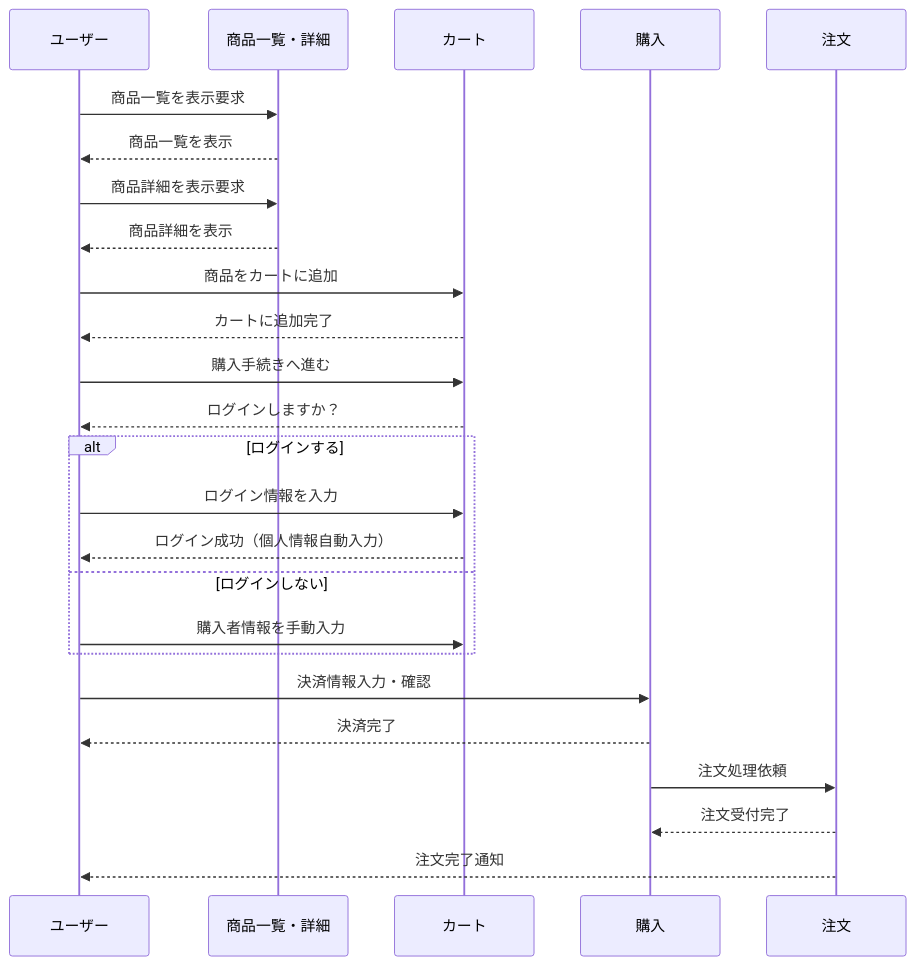
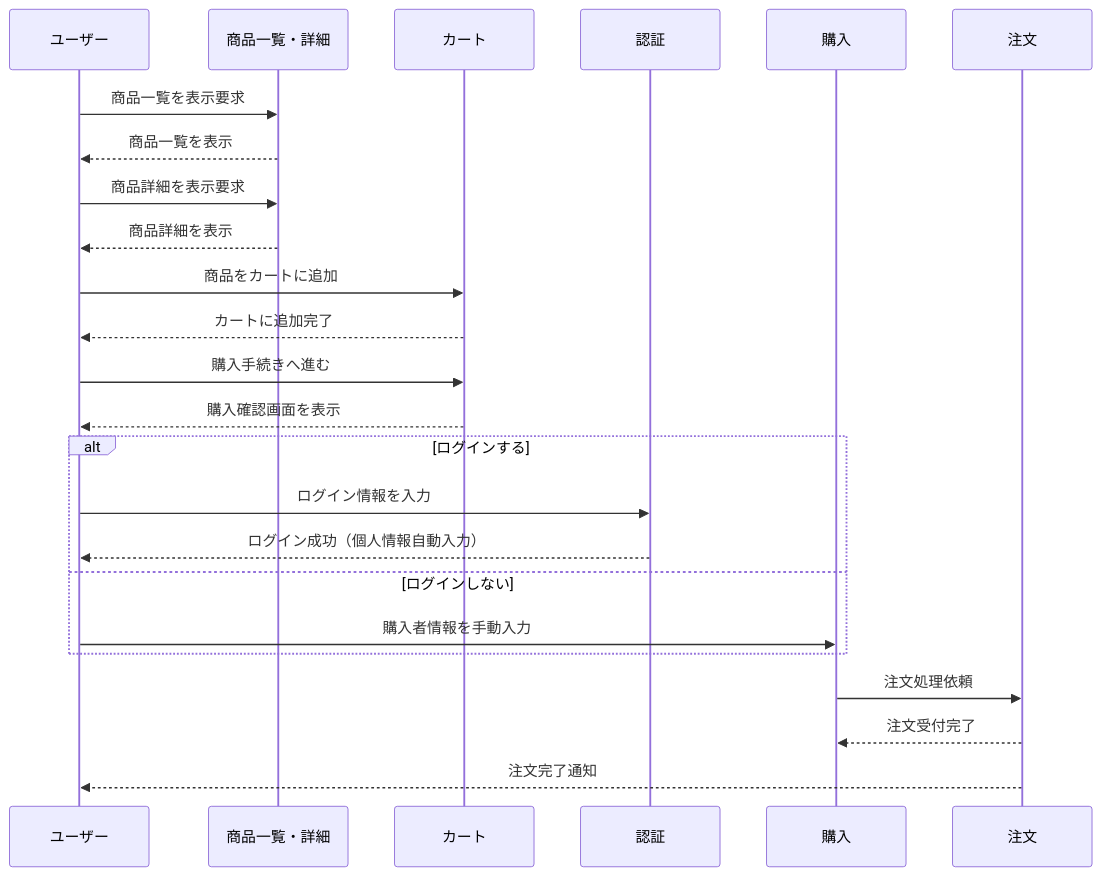
One commit to ainaga09/ACE changed the second of 3 diagrams in 基本設計/機能設計/機能設計.md. Above: the diagram before and after it, drawn with Mermaid. The commit also changed other lines of this file and 1 other file, not shown here.

Commit message:
レビュー後修正

```diff
--- a/基本設計/機能設計/機能設計.md
+++ b/基本設計/機能設計/機能設計.md
@@ -104,35 +107,33 @@
 <div class="mermaid">
 sequenceDiagram
     participant ユーザー
     participant 商品一覧・詳細
     participant カート
+    participant 認証
     participant 購入
     participant 注文
 
     ユーザー->>商品一覧・詳細: 商品一覧を表示要求
     商品一覧・詳細-->>ユーザー: 商品一覧を表示
 
     ユーザー->>商品一覧・詳細: 商品詳細を表示要求
     商品一覧・詳細-->>ユーザー: 商品詳細を表示
 
     ユーザー->>カート: 商品をカートに追加
     カート-->>ユーザー: カートに追加完了
 
     ユーザー->>カート: 購入手続きへ進む
-    カート-->>ユーザー: ログインしますか？
+    カート-->>ユーザー: 購入確認画面を表示
 
     alt ログインする
-        ユーザー->>カート: ログイン情報を入力
-        カート-->>ユーザー: ログイン成功（個人情報自動入力）
+        ユーザー->>認証: ログイン情報を入力
+        認証-->>ユーザー: ログイン成功（個人情報自動入力）
     else ログインしない
-        ユーザー->>カート: 購入者情報を手動入力
+        ユーザー->>購入: 購入者情報を手動入力
     end
-
-    ユーザー->>購入: 決済情報入力・確認
-    購入-->>ユーザー: 決済完了
 
     購入->>注文: 注文処理依頼
     注文-->>購入: 注文受付完了
 
     注文-->>ユーザー: 注文完了通知
 </div>
```
